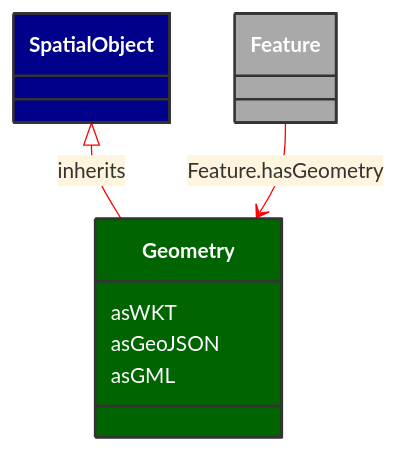
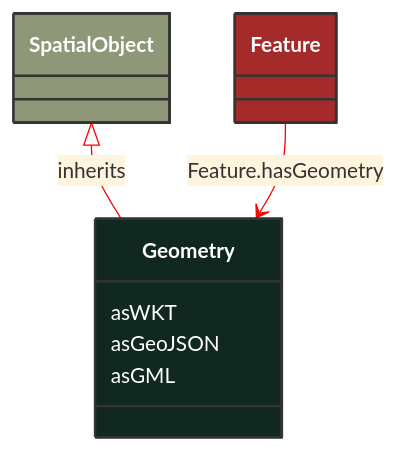
Before and after one commit to 3lbits/NoCIMExtensions: the diagram in docs/Models/Profiles/AviationObstacle/ConcreteClasses/Geometry.md, drawn with Mermaid. The commit also changed 190 other files, not shown here.

````diff
--- a/docs/Models/Profiles/AviationObstacle/ConcreteClasses/Geometry.md
+++ b/docs/Models/Profiles/AviationObstacle/ConcreteClasses/Geometry.md
@@ -8,27 +8,23 @@
 ```mermaid
 %%{init: {'theme':'base','themeVariables': {'lineColor': '#FF0000'}}}%%
 classDiagram
     class Geometry
     click Geometry href "/Models/Profiles/AviationObstacle/ConcreteClasses/Geometry/"
-    style Geometry fill:#006400,stroke:#333,stroke-width:2px,rx:10,ry:10,color:white
-
+    style Geometry fill:#102820,stroke:#333,stroke-width:2px,rx:10,ry:10,color:white
+     
         SpatialObject <|-- Geometry : inherits
             click SpatialObject href "/Models/Profiles/AviationObstacle/ConcreteClasses/SpatialObject/"
-            style SpatialObject fill:#00008B,stroke:#333,stroke-width:2px,rx:10,ry:10,color:white
-
-        Geometry
-            click Geometry href "/Models/Profiles/AviationObstacle/ConcreteClasses/Geometry/"
-            style SpatialObject fill:#00008B,stroke:#333,stroke-width:2px,rx:10,ry:10,color:white
+            style SpatialObject fill:#8F9779,stroke:#333,stroke-width:2px,rx:10,ry:10,color:white
 
 
         Feature --> Geometry : Feature.hasGeometry
 
         Feature
             click Feature href "/Models/Profiles/AviationObstacle/ConcreteClasses/Feature/"
-            style Feature fill:#A9A9A9,stroke:#333,stroke-width:2px,rx:10,ry:10,color:white
+            style Feature fill:#A52A2A,stroke:#333,stroke-width:2px,rx:10,ry:10,color:white
 
 
         Geometry : asWKT
         Geometry : asGeoJSON
         Geometry : asGML
 ```
````
